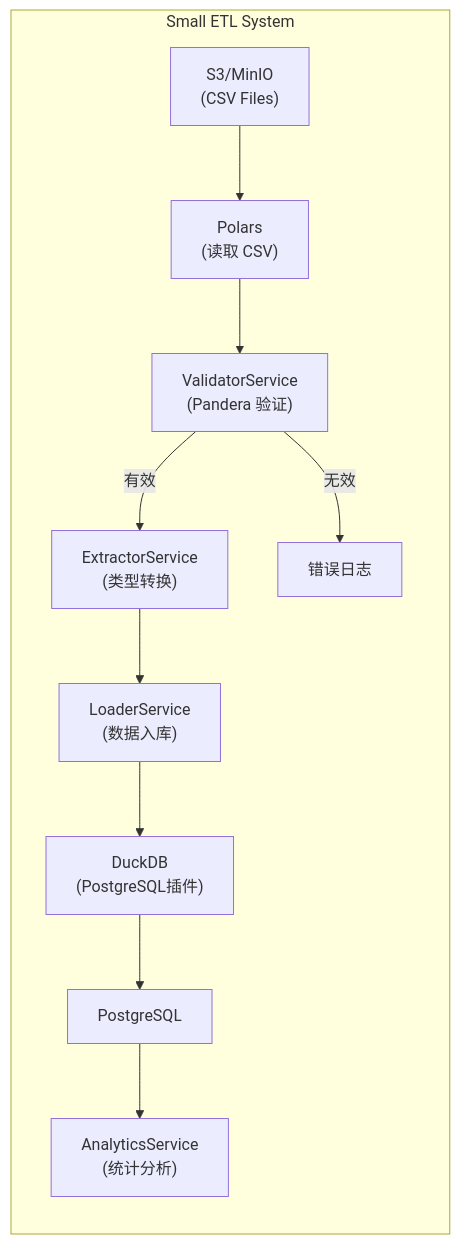
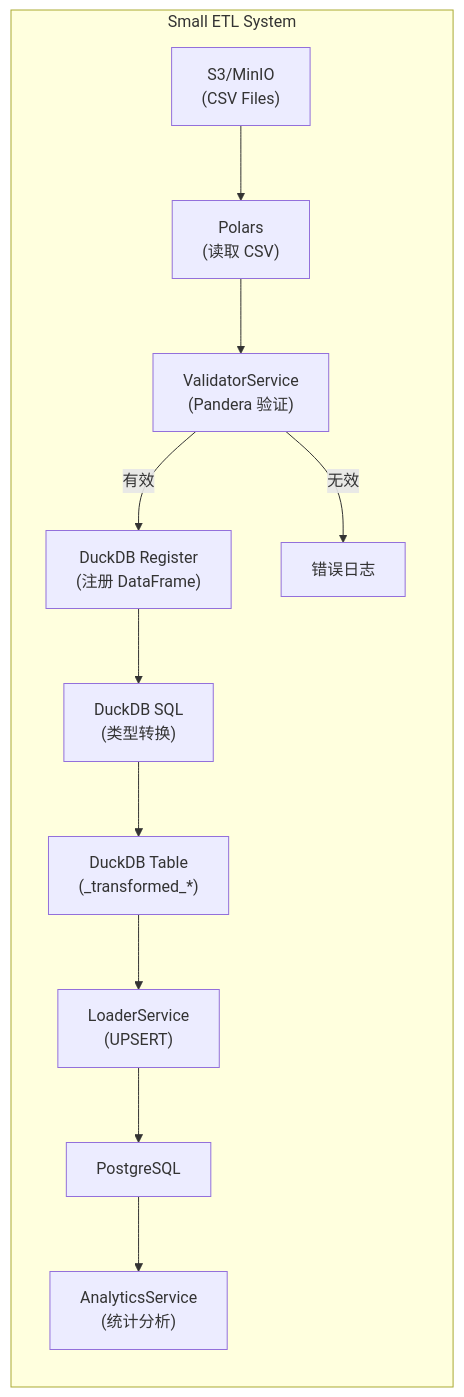
Before and after one commit to zhj0513/small_etl: the first of 8 diagrams in doc/architecture.md, drawn with Mermaid. The commit also changed other lines of this file and 3 other files, not shown here.

````diff
--- a/doc/architecture.md
+++ b/doc/architecture.md
@@ -9,13 +9,14 @@
 ```mermaid
 flowchart LR
     subgraph SYS["Small ETL System"]
         S3["S3/MinIO\n(CSV Files)"] --> Polars["Polars\n(读取 CSV)"]
         Polars --> Validator["ValidatorService\n(Pandera 验证)"]
-        Validator -->|有效| Extractor["ExtractorService\n(类型转换)"]
+        Validator -->|有效| DuckReg["DuckDB Register\n(注册 DataFrame)"]
         Validator -->|无效| Log["错误日志"]
-        Extractor --> Load["LoaderService\n(数据入库)"]
-        Load --> DuckDB["DuckDB\n(PostgreSQL插件)"]
-        DuckDB --> PG["PostgreSQL"]
+        DuckReg --> Transform["DuckDB SQL\n(类型转换)"]
+        Transform --> Table["DuckDB Table\n(_transformed_*)"]
+        Table --> Load["LoaderService\n(UPSERT)"]
+        Load --> PG["PostgreSQL"]
         PG --> Analytics["AnalyticsService\n(统计分析)"]
     end
 ```
````
